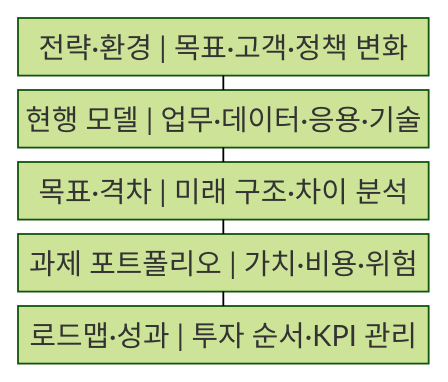
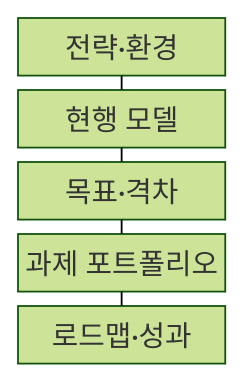
The first of 2 diagrams in src/content/docs/notes/03-software/188_isp.md (agnusdei1207/knowledge-base), drawn with Mermaid (forest theme) before and after one commit. The commit also changed other lines of this file and 238 other files, not shown here.

````diff
--- a/src/content/docs/notes/03-software/188_isp.md
+++ b/src/content/docs/notes/03-software/188_isp.md
@@ -49,13 +49,13 @@
 ```mermaid
-block
+block-beta
     columns 1
-    A["전략·환경 | 목표·고객·정책 변화"]
-    B["현행 모델 | 업무·데이터·응용·기술"]
-    C["목표·격차 | 미래 구조·차이 분석"]
-    D["과제 포트폴리오 | 가치·비용·위험"]
-    E["로드맵·성과 | 투자 순서·KPI 관리"]
+    A["전략·환경"]
+    B["현행 모델"]
+    C["목표·격차"]
+    D["과제 포트폴리오"]
+    E["로드맵·성과"]
     A --- B
     B --- C
     C --- D
     D --- E
 ```
````
